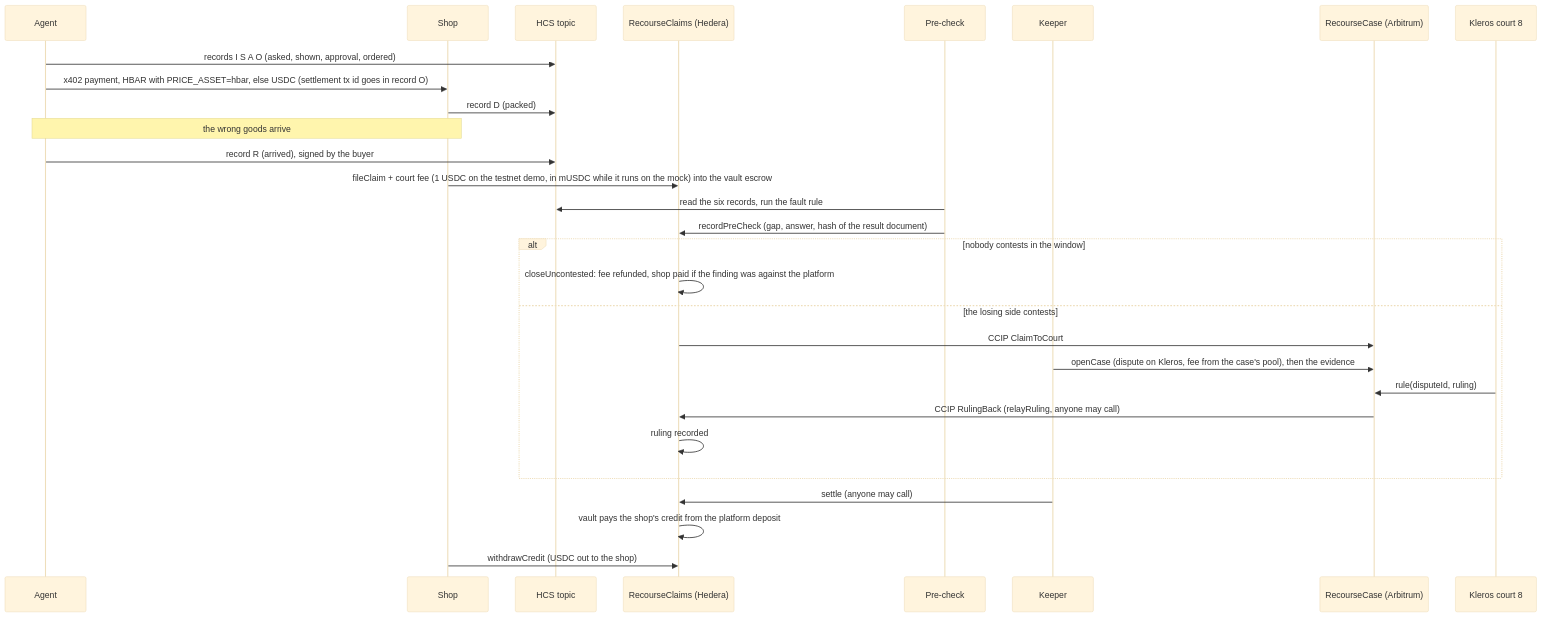
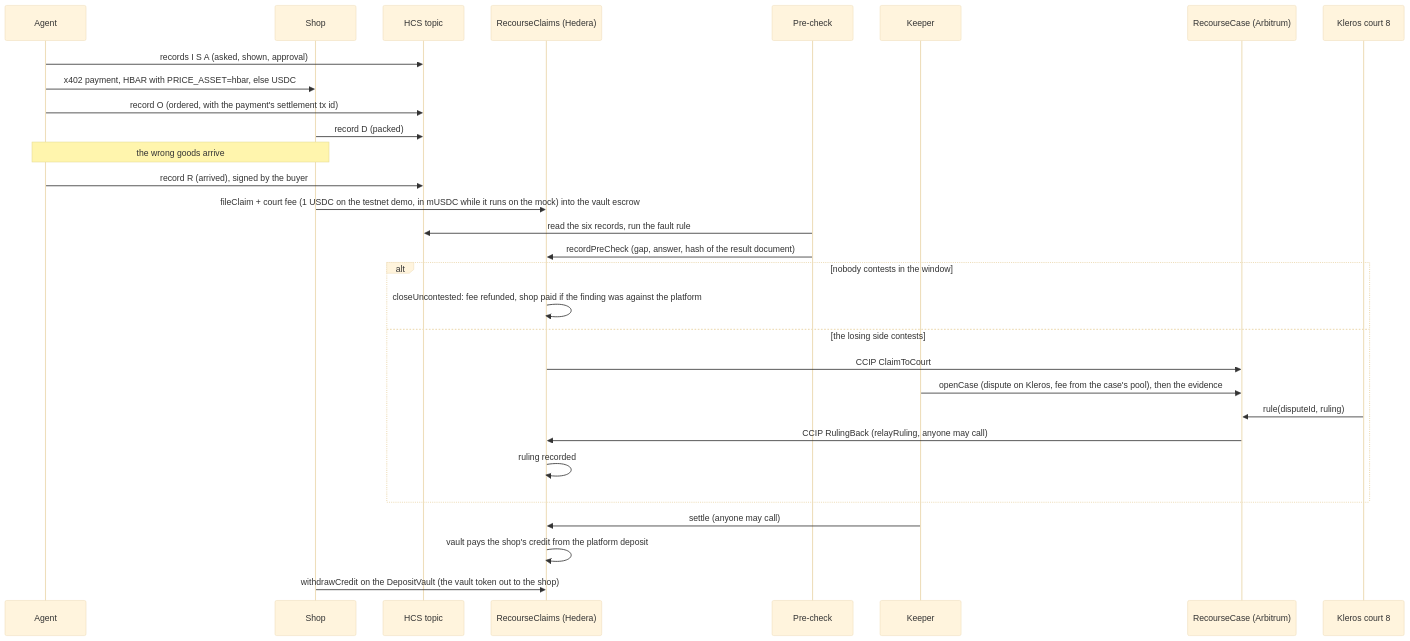
The second of 2 diagrams in README.md (mani99brar/recourse), drawn with Mermaid (base theme) before and after one commit. The commit also changed other lines of this file, not shown here.

Commit message:
readme: the agent writes three records before it pays and the ordered record after, the deposit and fees are in mUSDC, the docket runs on a local store with reviews off, the court case is settled, and record documents can be checked against their public hashes but are kept on the demo host

````diff
--- a/README.md
+++ b/README.md
@@ -60,31 +60,32 @@
 ```mermaid
 sequenceDiagram
   participant Ag as Agent
   participant Sh as Shop
   participant HCS as HCS topic
   participant CL as RecourseClaims (Hedera)
   participant PC as Pre-check
   participant KP as Keeper
   participant RC as RecourseCase (Arbitrum)
   participant K as Kleros court 8
-  Ag->>HCS: records I S A O (asked, shown, approval, ordered)
-  Ag->>Sh: x402 payment, HBAR with PRICE_ASSET=hbar, else USDC (settlement tx id goes in record O)
+  Ag->>HCS: records I S A (asked, shown, approval)
+  Ag->>Sh: x402 payment, HBAR with PRICE_ASSET=hbar, else USDC
+  Ag->>HCS: record O (ordered, with the payment's settlement tx id)
   Sh->>HCS: record D (packed)
   Note over Ag,Sh: the wrong goods arrive
   Ag->>HCS: record R (arrived), signed by the buyer
   Sh->>CL: fileClaim + court fee (1 USDC on the testnet demo, in mUSDC while it runs on the mock) into the vault escrow
   PC->>HCS: read the six records, run the fault rule
   PC->>CL: recordPreCheck (gap, answer, hash of the result document)
   alt nobody contests in the window
     CL->>CL: closeUncontested: fee refunded, shop paid if the finding was against the platform
   else the losing side contests
     CL->>RC: CCIP ClaimToCourt
     KP->>RC: openCase (dispute on Kleros, fee from the case's pool), then the evidence
     K->>RC: rule(disputeId, ruling)
     RC->>CL: CCIP RulingBack (relayRuling, anyone may call)
     CL->>CL: ruling recorded
   end
   KP->>CL: settle (anyone may call)
   CL->>CL: vault pays the shop's credit from the platform deposit
-  Sh->>CL: withdrawCredit (USDC out to the shop)
+  Sh->>CL: withdrawCredit on the DepositVault (the vault token out to the shop)
 ```
````
